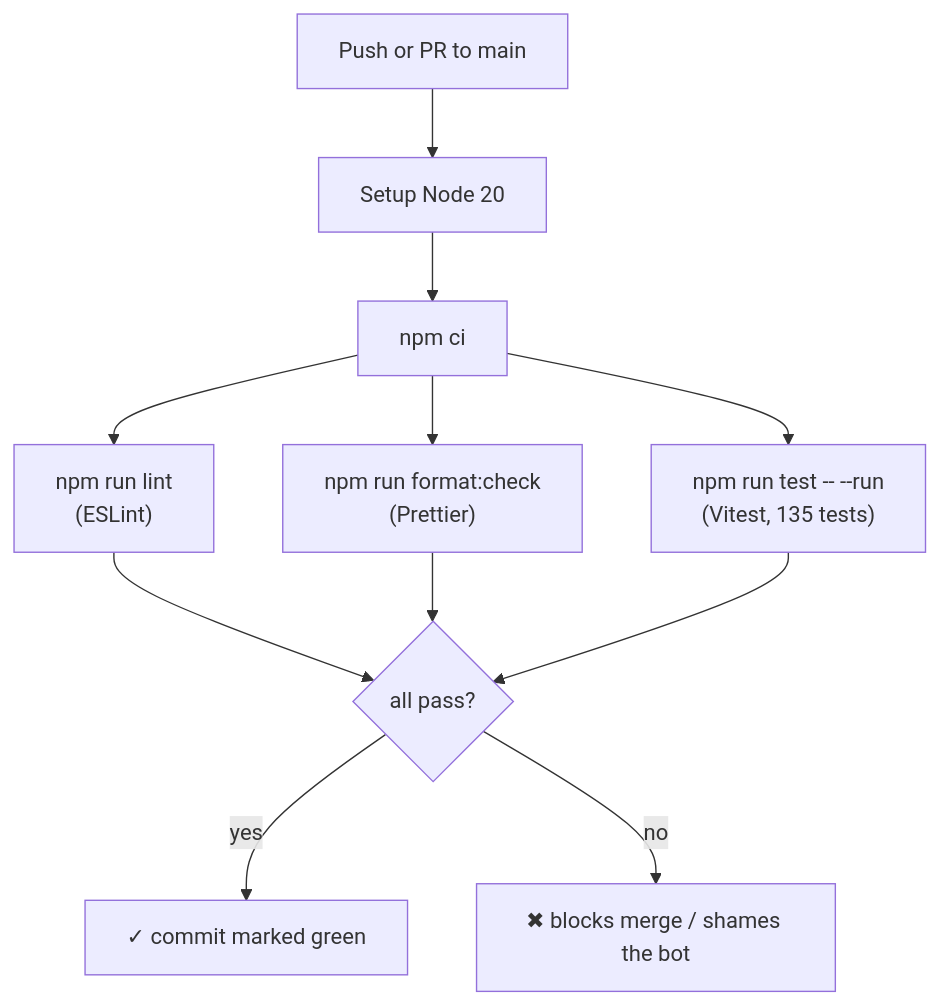
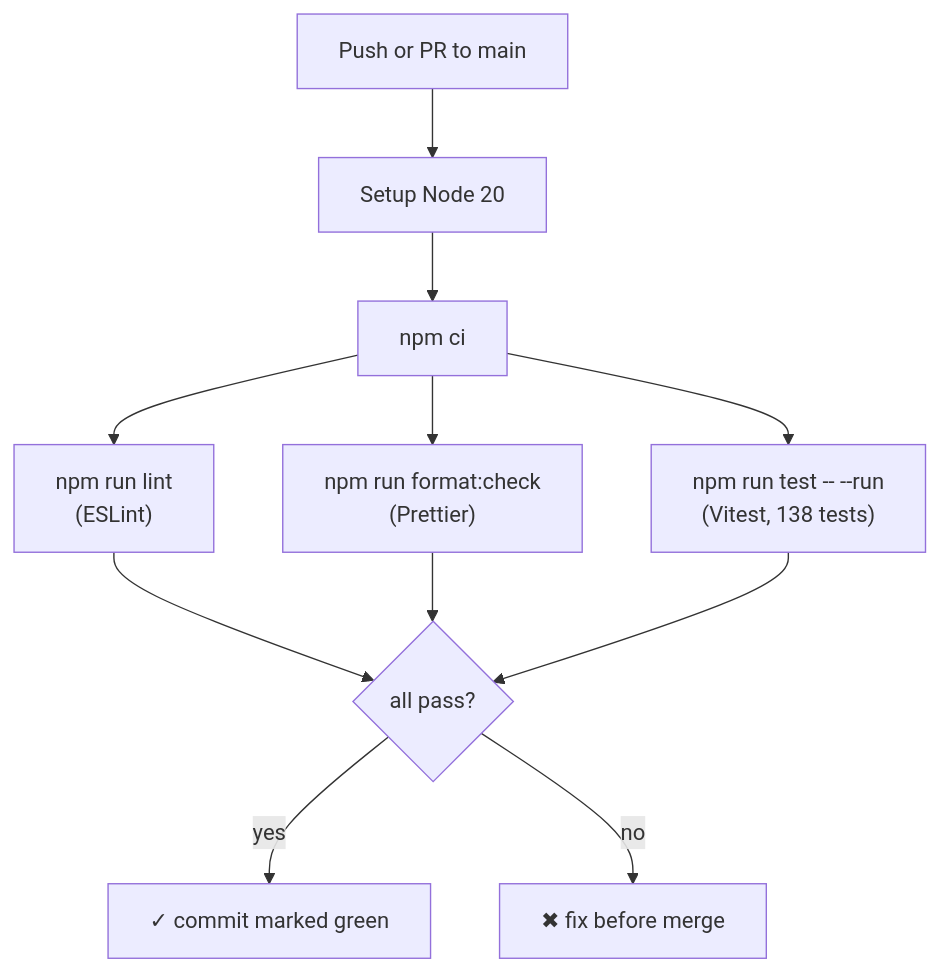
Before and after one commit to GitPhantom700/laundristic-p1: the second of 3 diagrams in docs/DEPLOYMENT.md, drawn with Mermaid. The commit also changed other lines of this file and 12 other files, not shown here.

First line of the commit message:
docs: apply review corrections — finish Amplify→Pages sweep, fix diagrams, restore USER_GUIDE screenshots

````diff
--- a/docs/DEPLOYMENT.md
+++ b/docs/DEPLOYMENT.md
@@ -58,13 +58,13 @@
 ```mermaid
 flowchart TD
     Push[Push or PR to main] --> Setup[Setup Node 20]
     Setup --> Install["npm ci"]
     Install --> Lint["npm run lint<br/>(ESLint)"]
     Install --> Fmt["npm run format:check<br/>(Prettier)"]
-    Install --> Test["npm run test -- --run<br/>(Vitest, 135 tests)"]
+    Install --> Test["npm run test -- --run<br/>(Vitest, 138 tests)"]
     Lint --> AllPass{all pass?}
     Fmt --> AllPass
     Test --> AllPass
     AllPass -- yes --> Ok[✓ commit marked green]
-    AllPass -- no  --> Fail[✖ blocks merge / shames the bot]
+    AllPass -- no  --> Fail[✖ fix before merge]
 ```
````
